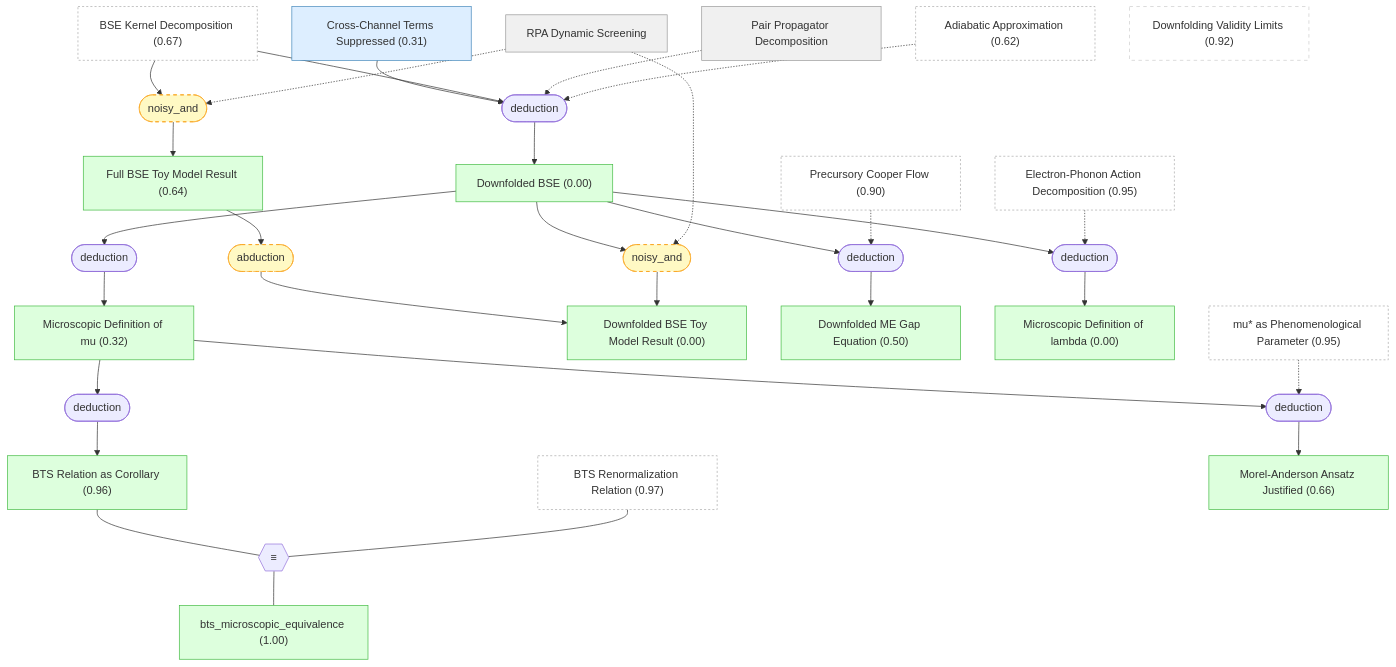
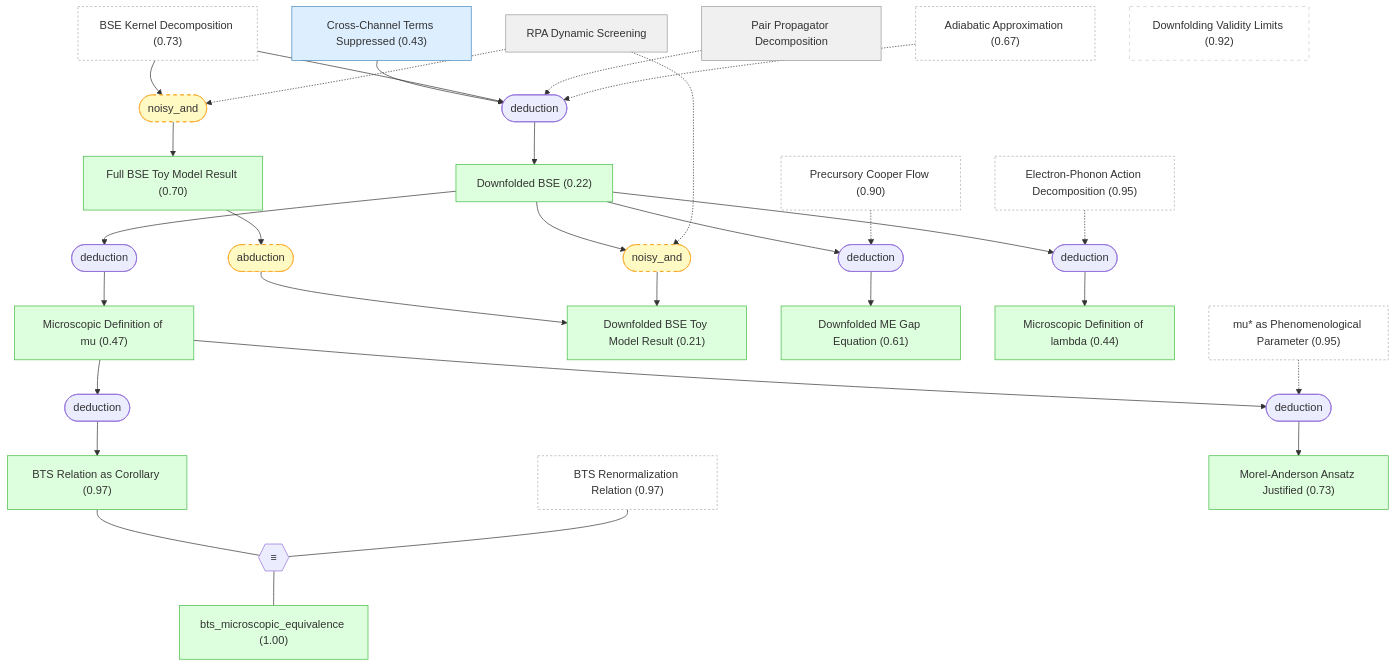
Before and after one commit to kunyuan/SuperconductivityElectronLiquids.gaia: the third of 6 diagrams in README.md, drawn with Mermaid. The commit also changed other lines of this file, not shown here.

````diff
--- a/README.md
+++ b/README.md
@@ -253,71 +253,71 @@
 ```mermaid
 graph TD
-    adiabatic_approx["Adiabatic Approximation (0.62)"]:::external
+    adiabatic_approx["Adiabatic Approximation (0.67)"]:::external
     bts_renormalization["BTS Renormalization Relation (0.97)"]:::external
     mu_star_phenomenological["mu#ast; as Phenomenological Parameter (0.95)"]:::external
     electron_phonon_action["Electron-Phonon Action Decomposition (0.95)"]:::external
-    bse_kernel_decomposition["BSE Kernel Decomposition (0.67)"]:::external
+    bse_kernel_decomposition["BSE Kernel Decomposition (0.73)"]:::external
     precursory_cooper_flow["Precursory Cooper Flow (0.90)"]:::external
     pair_propagator_decomposition["Pair Propagator Decomposition"]:::setting
-    cross_term_suppressed["Cross-Channel Terms Suppressed (0.31)"]:::premise
+    cross_term_suppressed["Cross-Channel Terms Suppressed (0.43)"]:::premise
     rpa_dynamic_screening["RPA Dynamic Screening"]:::setting
-    full_bse_toy_model["Full BSE Toy Model Result (0.64)"]:::derived
-    downfolded_bse_toy_model["Downfolded BSE Toy Model Result (0.00)"]:::derived
+    full_bse_toy_model["Full BSE Toy Model Result (0.70)"]:::derived
+    downfolded_bse_toy_model["Downfolded BSE Toy Model Result (0.21)"]:::derived
     downfolding_validity_limits["Downfolding Validity Limits (0.92)"]:::orphan
-    downfolded_bse["Downfolded BSE (0.00)"]:::derived
-    downfolded_me_equation["Downfolded ME Gap Equation (0.50)"]:::derived
-    lambda_microscopic_definition["Microscopic Definition of lambda (0.00)"]:::derived
-    mu_microscopic_definition["Microscopic Definition of mu (0.32)"]:::derived
-    mu_scale_independence["BTS Relation as Corollary (0.96)"]:::derived
+    downfolded_bse["Downfolded BSE (0.22)"]:::derived
+    downfolded_me_equation["Downfolded ME Gap Equation (0.61)"]:::derived
+    lambda_microscopic_definition["Microscopic Definition of lambda (0.44)"]:::derived
+    mu_microscopic_definition["Microscopic Definition of mu (0.47)"]:::derived
+    mu_scale_independence["BTS Relation as Corollary (0.97)"]:::derived
     bts_microscopic_equivalence["bts_microscopic_equivalence (1.00)"]:::derived
-    ma_pseudopotential_justified["Morel-Anderson Ansatz Justified (0.66)"]:::derived
+    ma_pseudopotential_justified["Morel-Anderson Ansatz Justified (0.73)"]:::derived
     strat_2(["noisy_and"]):::weak
     bse_kernel_decomposition --> strat_2
     rpa_dynamic_screening -.-> strat_2
     strat_2 --> full_bse_toy_model
     strat_3(["abduction"]):::weak
     full_bse_toy_model --> strat_3
     strat_3 --> downfolded_bse_toy_model
     strat_4(["deduction"])
     cross_term_suppressed --> strat_4
     bse_kernel_decomposition --> strat_4
     pair_propagator_decomposition -.-> strat_4
     adiabatic_approx -.-> strat_4
     strat_4 --> downfolded_bse
     strat_5(["noisy_and"]):::weak
     downfolded_bse --> strat_5
     rpa_dynamic_screening -.-> strat_5
     strat_5 --> downfolded_bse_toy_model
     strat_6(["deduction"])
     downfolded_bse --> strat_6
     precursory_cooper_flow -.-> strat_6
     strat_6 --> downfolded_me_equation
     strat_7(["deduction"])
     downfolded_bse --> strat_7
     electron_phonon_action -.-> strat_7
     strat_7 --> lambda_microscopic_definition
     strat_8(["deduction"])
     downfolded_bse --> strat_8
     strat_8 --> mu_microscopic_definition
     strat_9(["deduction"])
     mu_microscopic_definition --> strat_9
     strat_9 --> mu_scale_independence
     strat_10(["deduction"])
     mu_microscopic_definition --> strat_10
     mu_star_phenomenological -.-> strat_10
     strat_10 --> ma_pseudopotential_justified
     oper_0{{"≡"}}
     mu_scale_independence --- oper_0
     bts_renormalization --- oper_0
     oper_0 --- bts_microscopic_equivalence
 
     classDef setting fill:#f0f0f0,stroke:#999,color:#333
     classDef premise fill:#ddeeff,stroke:#4488bb,color:#333
     classDef derived fill:#ddffdd,stroke:#44bb44,color:#333
     classDef question fill:#fff3dd,stroke:#cc9944,color:#333
     classDef background fill:#f5f5f5,stroke:#bbb,stroke-dasharray: 5 5,color:#333
     classDef orphan fill:#fff,stroke:#ccc,stroke-dasharray: 5 5,color:#333
     classDef external fill:#fff,stroke:#aaa,stroke-dasharray: 3 3,color:#333
     classDef weak fill:#fff9c4,stroke:#f9a825,stroke-dasharray: 5 5,color:#333
     classDef contra fill:#ffebee,stroke:#c62828,color:#333
 ```
````
